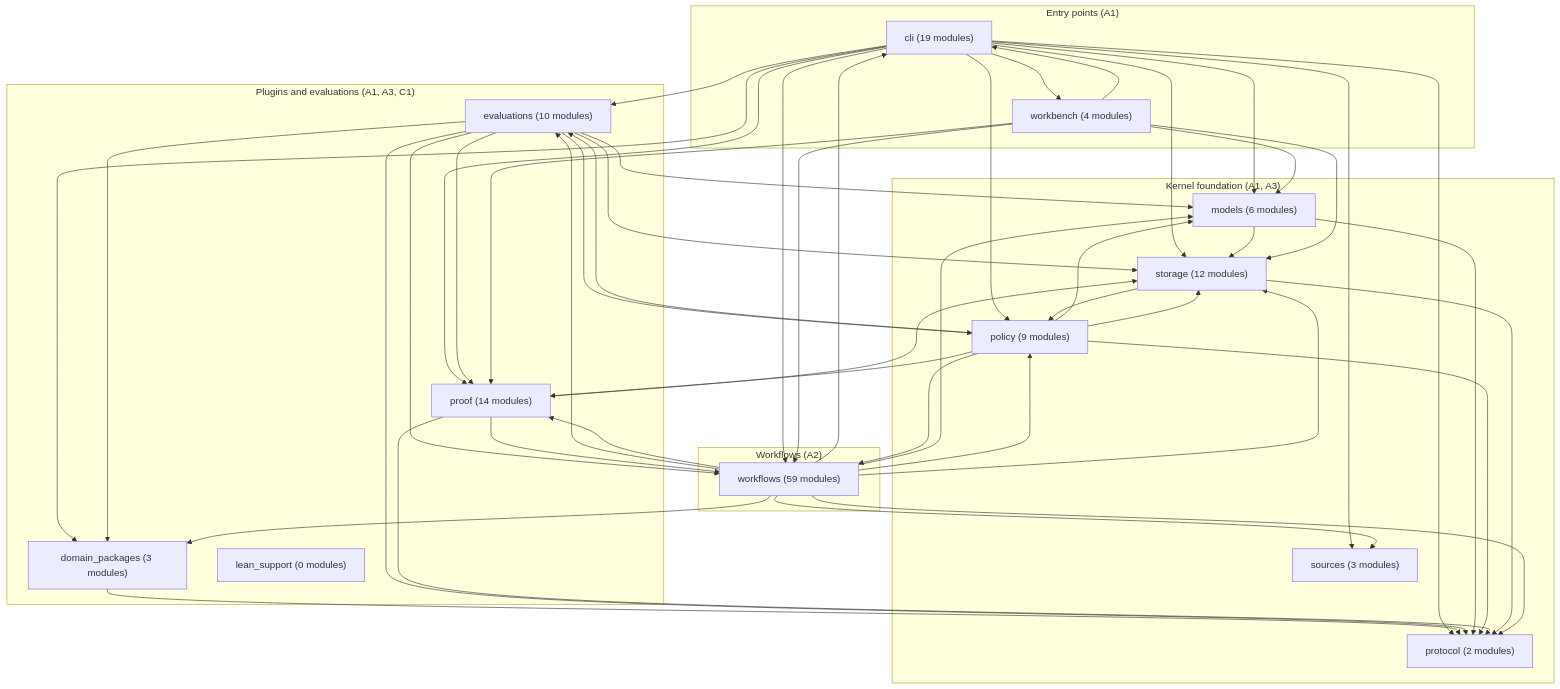
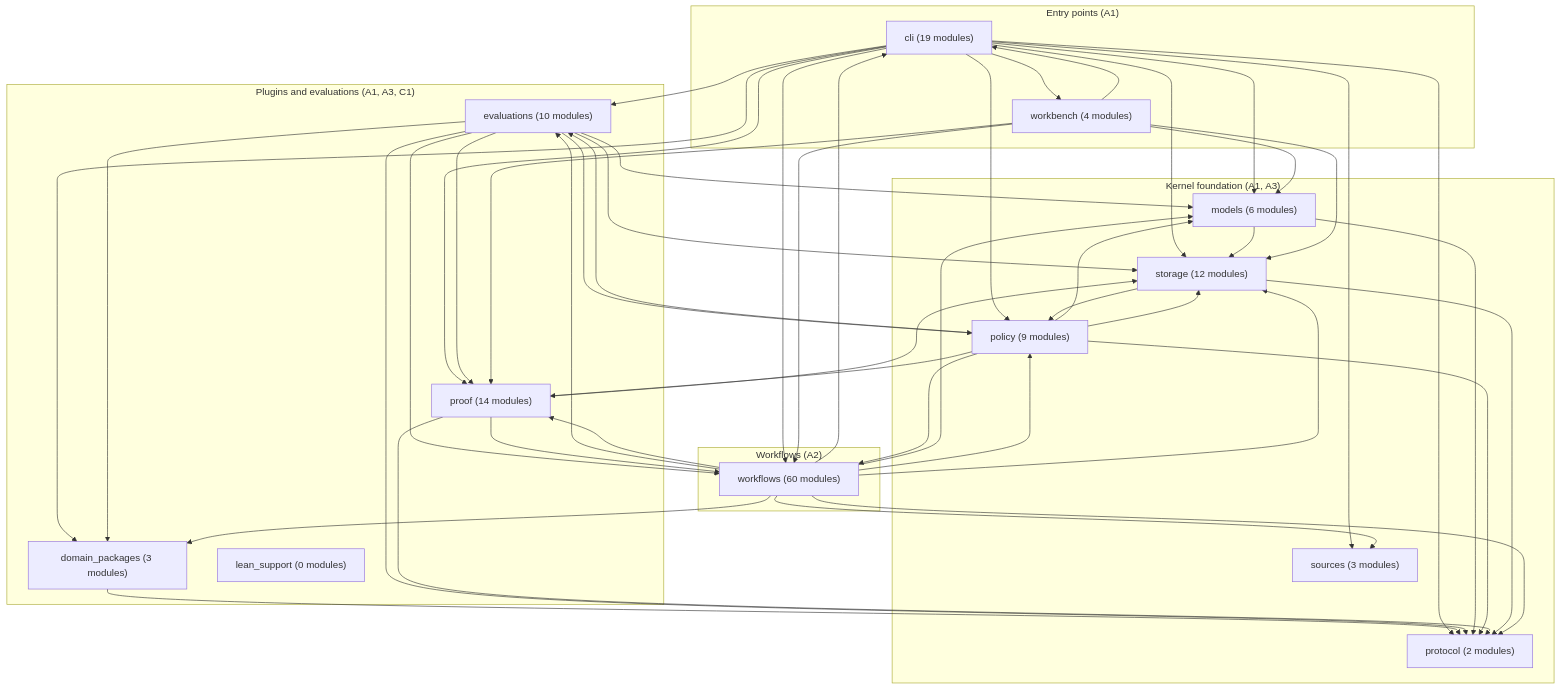
The diagram in docs/architecture-map.md (SAFuDarren/Trellin), drawn with Mermaid before and after one commit. The commit also changed other lines of this file and 10 other files, not shown here.

````diff
--- a/docs/architecture-map.md
+++ b/docs/architecture-map.md
@@ -14,68 +14,68 @@
 ```mermaid
 flowchart TD
     subgraph layer_entry["Entry points (A1)"]
         cli["cli (19 modules)"]
         workbench["workbench (4 modules)"]
     end
     subgraph layer_workflows["Workflows (A2)"]
-        workflows["workflows (59 modules)"]
+        workflows["workflows (60 modules)"]
     end
     subgraph layer_kernel["Kernel foundation (A1, A3)"]
         models["models (6 modules)"]
         policy["policy (9 modules)"]
         protocol["protocol (2 modules)"]
         sources["sources (3 modules)"]
         storage["storage (12 modules)"]
     end
     subgraph layer_plugin["Plugins and evaluations (A1, A3, C1)"]
         domain_packages["domain_packages (3 modules)"]
         evaluations["evaluations (10 modules)"]
         lean_support["lean_support (0 modules)"]
         proof["proof (14 modules)"]
     end
     cli --> domain_packages
     cli --> evaluations
     cli --> models
     cli --> policy
     cli --> proof
     cli --> protocol
     cli --> sources
     cli --> storage
     cli --> workbench
     cli --> workflows
     domain_packages --> protocol
     evaluations --> domain_packages
     evaluations --> models
     evaluations --> policy
     evaluations --> proof
     evaluations --> protocol
     evaluations --> storage
     evaluations --> workflows
     models --> protocol
     models --> storage
     policy --> evaluations
     policy --> models
     policy --> proof
     policy --> protocol
     policy --> storage
     policy --> workflows
     proof --> protocol
     proof --> storage
     proof --> workflows
     storage --> policy
     storage --> protocol
     workbench --> cli
     workbench --> models
     workbench --> proof
     workbench --> storage
     workbench --> workflows
     workflows --> cli
     workflows --> domain_packages
     workflows --> evaluations
     workflows --> models
     workflows --> policy
     workflows --> proof
     workflows --> protocol
     workflows --> sources
     workflows --> storage
 ```
````
